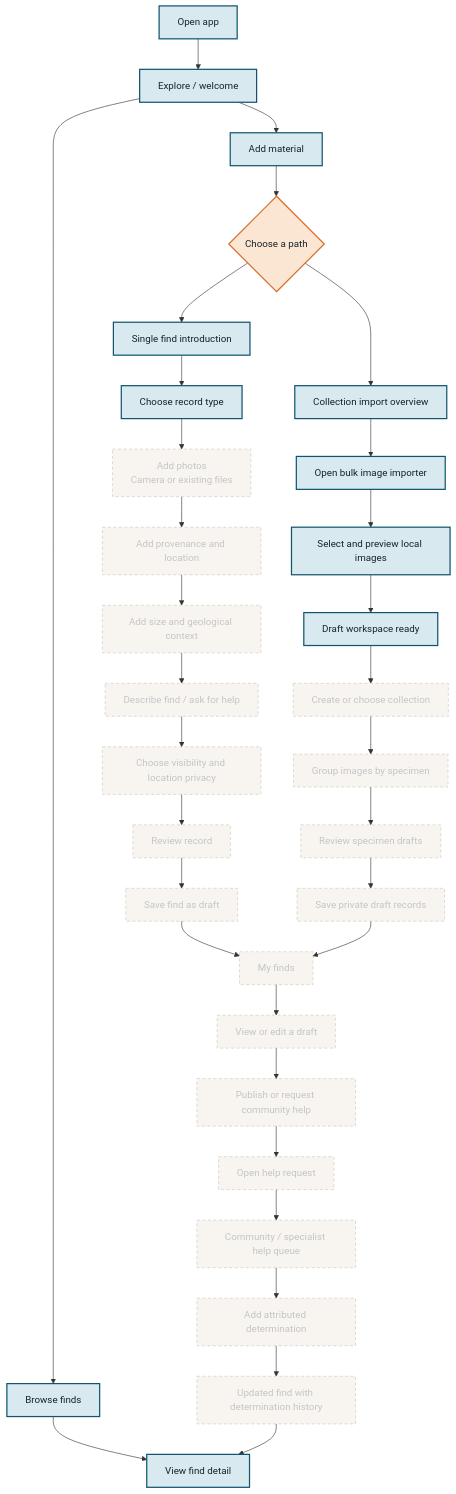
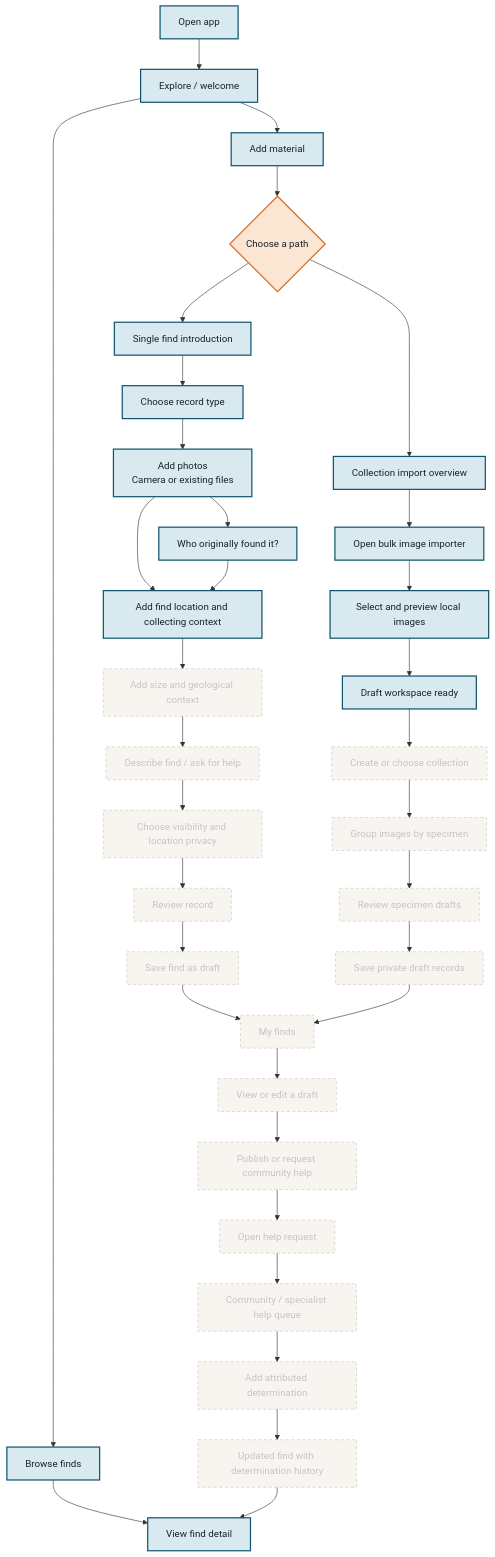
Before and after one commit to HelEvX/belgian-finds-prototype: the diagram in docs/prototype-flow.md, drawn with Mermaid. The commit also changed 9 other files, not shown here.

````diff
--- a/docs/prototype-flow.md
+++ b/docs/prototype-flow.md
@@ -1,60 +1,63 @@
 ```mermaid
 flowchart TD
     START["Open app"] --> HOME["Explore / welcome"]
 
     %% Explore journey
     HOME --> BROWSE["Browse finds"]
     BROWSE --> DETAIL["View find detail"]
     HOME --> ADD["Add material"]
 
     %% Add journey
     ADD --> METHOD{"Choose a path"}
 
     METHOD --> SINGLE_INTRO["Single find introduction"]
     SINGLE_INTRO --> RECORD_TYPE["Choose record type"]
 
     METHOD --> COLLECTION_INTRO["Collection import overview"]
     COLLECTION_INTRO --> BULK_MODAL["Open bulk image importer"]
     BULK_MODAL --> LOCAL_IMAGES["Select and preview local images"]
     LOCAL_IMAGES --> BATCH_READY["Draft workspace ready"]
 
     %% Planned single-find flow
     RECORD_TYPE --> PHOTOS["Add photos
-Camera or existing files"]
+    Camera or existing files"]
     PHOTOS --> CONTEXT["Add provenance and location"]
+    PHOTOS --> PROVENANCE["Who originally found it?"]
+    PROVENANCE --> CONTEXT["Add find location and collecting context"]
+
     CONTEXT --> DETAILS["Add size and geological context"]
     DETAILS --> QUESTION["Describe find / ask for help"]
     QUESTION --> PRIVACY["Choose visibility and location privacy"]
     PRIVACY --> REVIEW["Review record"]
     REVIEW --> SAVE_DRAFT["Save find as draft"]
 
     %% Planned collection flow
     BATCH_READY --> COLLECTION_META["Create or choose collection"]
     COLLECTION_META --> GROUP_IMAGES["Group images by specimen"]
     GROUP_IMAGES --> REVIEW_BATCH["Review specimen drafts"]
     REVIEW_BATCH --> SAVE_BATCH["Save private draft records"]
 
     %% Planned personal collection area
     SAVE_DRAFT --> MY_FINDS["My finds"]
     SAVE_BATCH --> MY_FINDS
     MY_FINDS --> EDIT_FIND["View or edit a draft"]
     EDIT_FIND --> PUBLISH["Publish or request community help"]
 
     %% Planned human determination flow
     PUBLISH --> HELP_REQUEST["Open help request"]
     HELP_REQUEST --> HELP_QUEUE["Community / specialist help queue"]
     HELP_QUEUE --> RESPONSE["Add attributed determination"]
     RESPONSE --> UPDATED_FIND["Updated find with determination history"]
     UPDATED_FIND --> DETAIL
 
     %% Implemented styles
     classDef done fill:#d8e9f0,stroke:#10546f,color:#172229,stroke-width:2px;
     classDef doneDecision fill:#fbe5d3,stroke:#d96f2d,color:#172229,stroke-width:2px;
 
     %% Planned styles
     classDef planned fill:#f3efe7,stroke:#a99c8c,color:#5a6870,stroke-width:1px,stroke-dasharray:5 4,opacity:0.58;
 
-    class START,HOME,BROWSE,DETAIL,ADD,SINGLE_INTRO,RECORD_TYPE,COLLECTION_INTRO,BULK_MODAL,LOCAL_IMAGES,BATCH_READY done;
+    class START,HOME,BROWSE,DETAIL,ADD,SINGLE_INTRO,RECORD_TYPE,COLLECTION_INTRO,BULK_MODAL,LOCAL_IMAGES,BATCH_READY,PHOTOS,CONTEXT,PROVENANCE done;
     class METHOD doneDecision;
-    class PHOTOS,CONTEXT,DETAILS,QUESTION,PRIVACY,REVIEW,SAVE_DRAFT,COLLECTION_META,GROUP_IMAGES,REVIEW_BATCH,SAVE_BATCH,MY_FINDS,EDIT_FIND,PUBLISH,HELP_REQUEST,HELP_QUEUE,RESPONSE,UPDATED_FIND planned;
+    class DETAILS,QUESTION,PRIVACY,REVIEW,SAVE_DRAFT,COLLECTION_META,GROUP_IMAGES,REVIEW_BATCH,SAVE_BATCH,MY_FINDS,EDIT_FIND,PUBLISH,HELP_REQUEST,HELP_QUEUE,RESPONSE,UPDATED_FIND planned;
 ```
````
